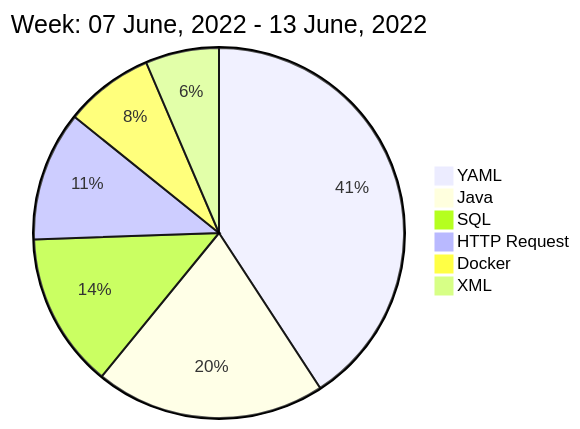
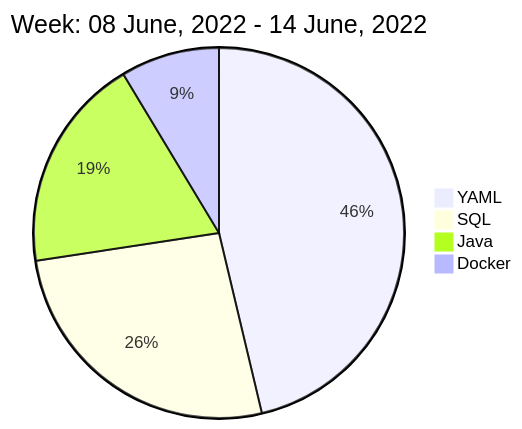
Before and after one commit to liubin95/liubin95: the diagram in README.md, drawn with Mermaid.

Commit message:
Updated the Graph with new Metrics

````diff
--- a/README.md
+++ b/README.md
@@ -40,10 +40,8 @@
 ```mermaid
  pie
-title Week: 07 June, 2022 - 13 June, 2022
- "YAML" : 8.38
- "Java" : 4.13
- "SQL" : 2.78
- "HTTP Request" : 2.33
+title Week: 08 June, 2022 - 14 June, 2022
+ "YAML" : 8.58
+ "SQL" : 4.88
+ "Java" : 3.48
  "Docker" : 1.6
- "XML" : 1.32
 ```
````
